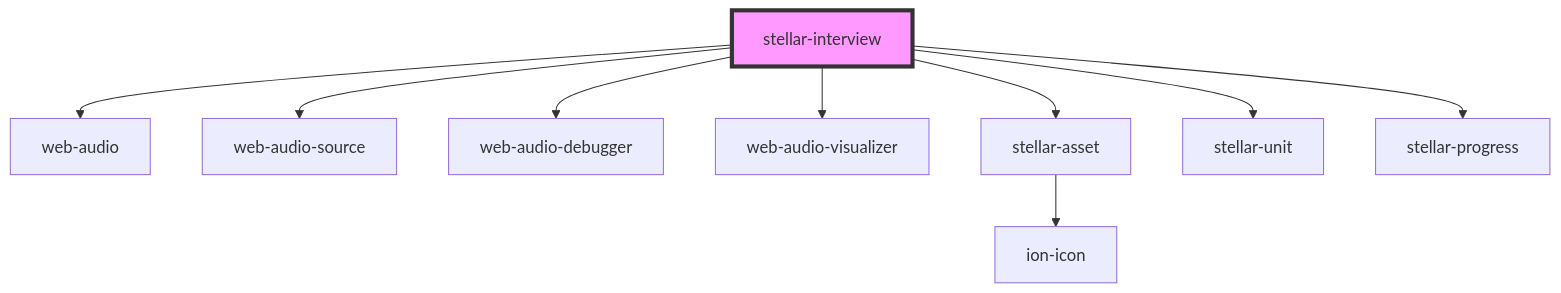
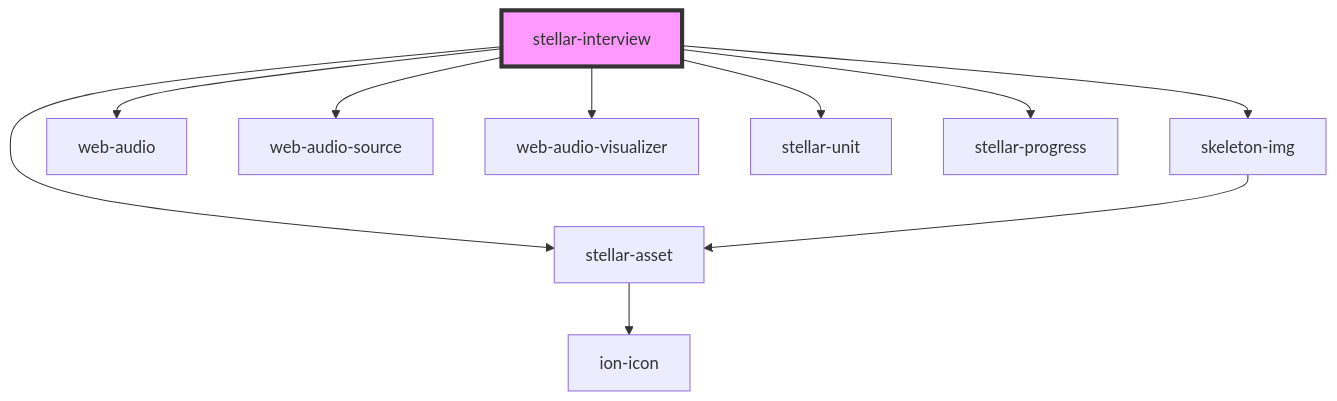
Before and after one commit to splitinfinities/Stellar: the diagram in src/components/media/interview/readme.md, drawn with Mermaid. The commit also changed other lines of this file and 26 other files, not shown here.

````diff
--- a/src/components/media/interview/readme.md
+++ b/src/components/media/interview/readme.md
@@ -77,12 +77,13 @@
 ```mermaid
 graph TD;
+  stellar-interview --> skeleton-img
   stellar-interview --> web-audio
   stellar-interview --> web-audio-source
-  stellar-interview --> web-audio-debugger
   stellar-interview --> web-audio-visualizer
   stellar-interview --> stellar-asset
   stellar-interview --> stellar-unit
   stellar-interview --> stellar-progress
+  skeleton-img --> stellar-asset
   stellar-asset --> ion-icon
   style stellar-interview fill:#f9f,stroke:#333,stroke-width:4px
 ```
````
